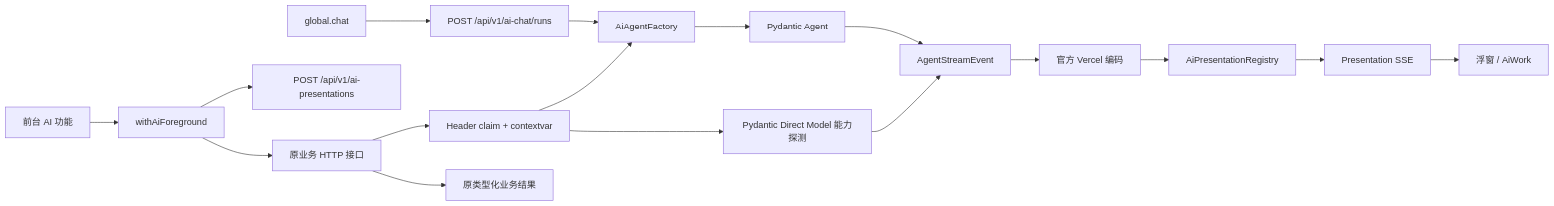
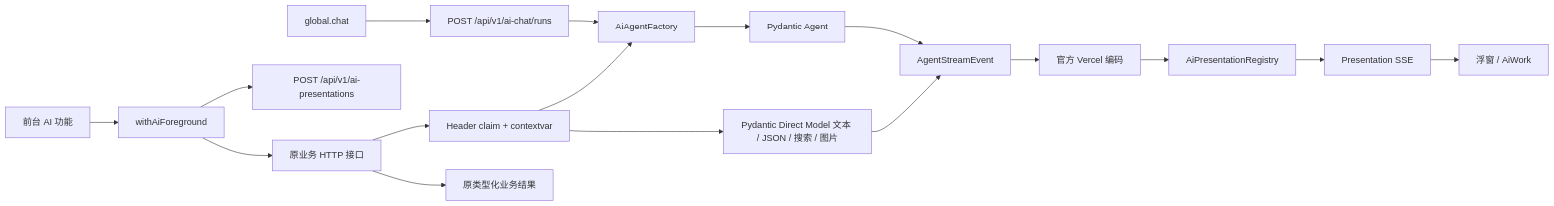
Before and after one commit to huandao-gonglu/ChampionErp: the second of 2 diagrams in docs/aiworkpage.md, drawn with Mermaid. The commit also changed other lines of this file and 21 other files, not shown here.

````diff
--- a/docs/aiworkpage.md
+++ b/docs/aiworkpage.md
@@ -29,22 +29,22 @@
 ```mermaid
 flowchart LR
     CHAT["global.chat"] --> CHAT_API["POST /api/v1/ai-chat/runs"]
     CHAT_API --> FACTORY["AiAgentFactory"]
 
     ACTION["前台 AI 功能"] --> WRAPPER["withAiForeground"]
     WRAPPER --> RESERVE["POST /api/v1/ai-presentations"]
     WRAPPER --> BUSINESS["原业务 HTTP 接口"]
     BUSINESS --> BOUNDARY["Header claim + contextvar"]
     BOUNDARY --> FACTORY
-    BOUNDARY --> DIRECT["Pydantic Direct Model 能力探测"]
+    BOUNDARY --> DIRECT["Pydantic Direct Model 文本 / JSON / 搜索 / 图片"]
 
     FACTORY --> AGENT["Pydantic Agent"]
     AGENT --> EVENTS["AgentStreamEvent"]
     DIRECT --> EVENTS
     EVENTS --> ADAPTER["官方 Vercel 编码"]
     ADAPTER --> REGISTRY["AiPresentationRegistry"]
     REGISTRY --> STREAM["Presentation SSE"]
     STREAM --> DISPLAY["浮窗 / AiWork"]
 
     BUSINESS --> RESULT["原类型化业务结果"]
 ```
````
